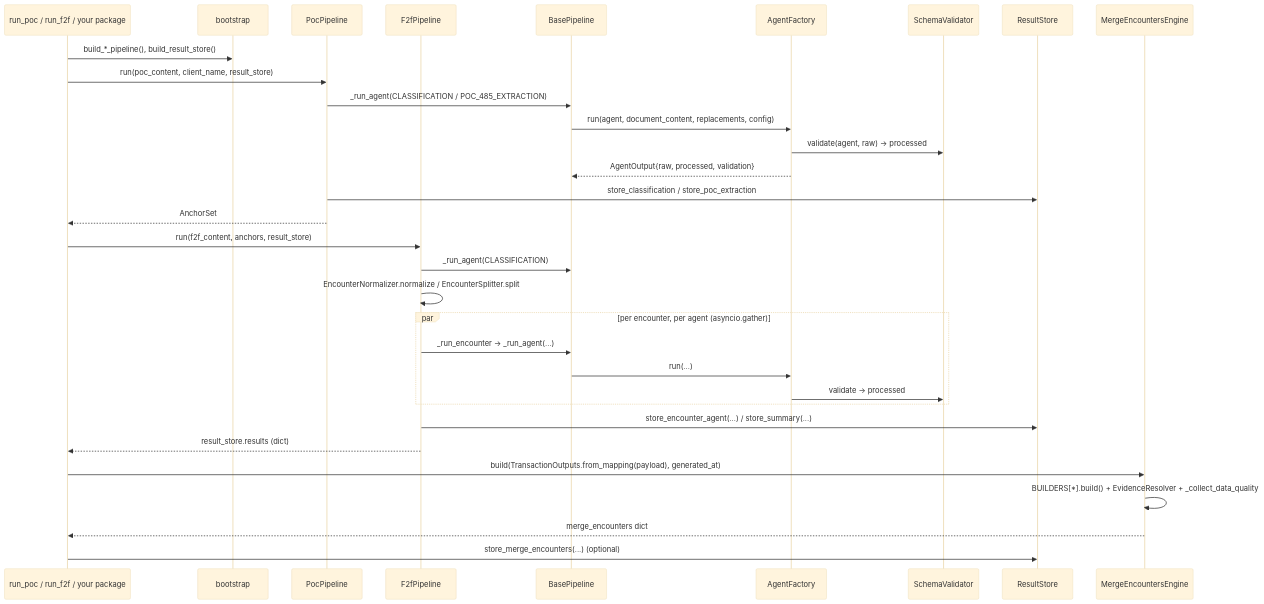
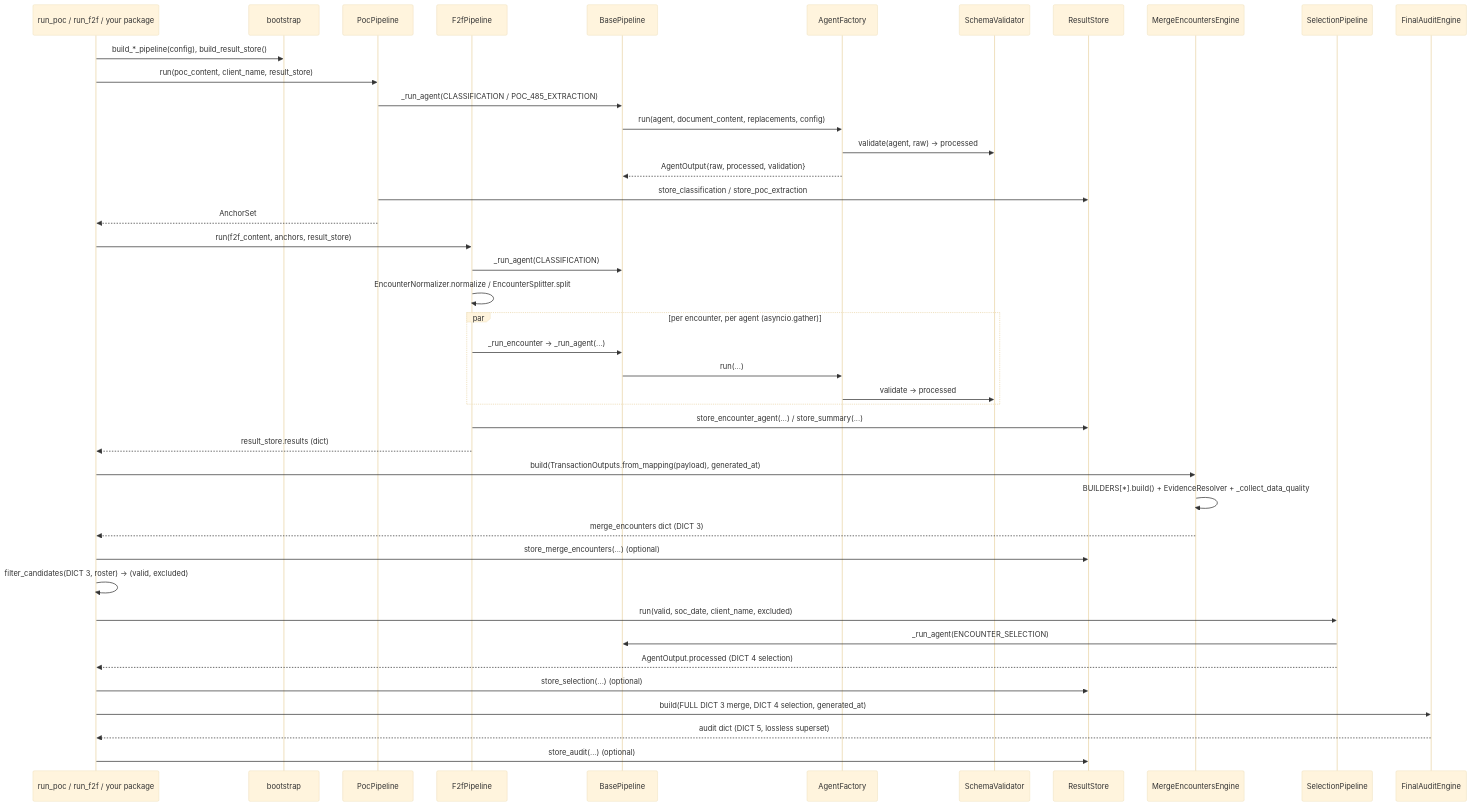
Before and after one commit to karthikprabuve5/e5-f2f-audit-workflow: the second of 2 diagrams in docs/pipeline-flow.md, drawn with Mermaid (base theme). The commit also changed other lines of this file and 10 other files, not shown here.

````diff
--- a/docs/pipeline-flow.md
+++ b/docs/pipeline-flow.md
@@ -92,37 +122,49 @@
 ```mermaid
 sequenceDiagram
     participant Caller as run_poc / run_f2f / your package
     participant BS as bootstrap
     participant POC as PocPipeline
     participant F2F as F2fPipeline
     participant Base as BasePipeline
     participant AF as AgentFactory
     participant SV as SchemaValidator
     participant RS as ResultStore
     participant AE as MergeEncountersEngine
+    participant SEL as SelectionPipeline
+    participant FA as FinalAuditEngine
 
-    Caller->>BS: build_*_pipeline(), build_result_store()
+    Caller->>BS: build_*_pipeline(config), build_result_store()
     Caller->>POC: run(poc_content, client_name, result_store)
     POC->>Base: _run_agent(CLASSIFICATION / POC_485_EXTRACTION)
     Base->>AF: run(agent, document_content, replacements, config)
     AF->>SV: validate(agent, raw) -> processed
     AF-->>Base: AgentOutput{raw, processed, validation}
     POC->>RS: store_classification / store_poc_extraction
     POC-->>Caller: AnchorSet
 
     Caller->>F2F: run(f2f_content, anchors, result_store)
     F2F->>Base: _run_agent(CLASSIFICATION)
     F2F->>F2F: EncounterNormalizer.normalize / EncounterSplitter.split
     par per encounter, per agent (asyncio.gather)
         F2F->>Base: _run_encounter -> _run_agent(...)
         Base->>AF: run(...)
         AF->>SV: validate -> processed
     end
     F2F->>RS: store_encounter_agent(...) / store_summary(...)
     F2F-->>Caller: result_store.results (dict)
 
     Caller->>AE: build(TransactionOutputs.from_mapping(payload), generated_at)
     AE->>AE: BUILDERS[*].build() + EvidenceResolver + _collect_data_quality
-    AE-->>Caller: merge_encounters dict
+    AE-->>Caller: merge_encounters dict (DICT 3)
     Caller->>RS: store_merge_encounters(...)  (optional)
+
+    Caller->>Caller: filter_candidates(DICT 3, roster) -> (valid, excluded)
+    Caller->>SEL: run(valid, soc_date, client_name, excluded)
+    SEL->>Base: _run_agent(ENCOUNTER_SELECTION)
+    SEL-->>Caller: AgentOutput.processed (DICT 4 selection)
+    Caller->>RS: store_selection(...)  (optional)
+
+    Caller->>FA: build(FULL DICT 3 merge, DICT 4 selection, generated_at)
+    FA-->>Caller: audit dict (DICT 5, lossless superset)
+    Caller->>RS: store_audit(...)  (optional)
 ```
````
